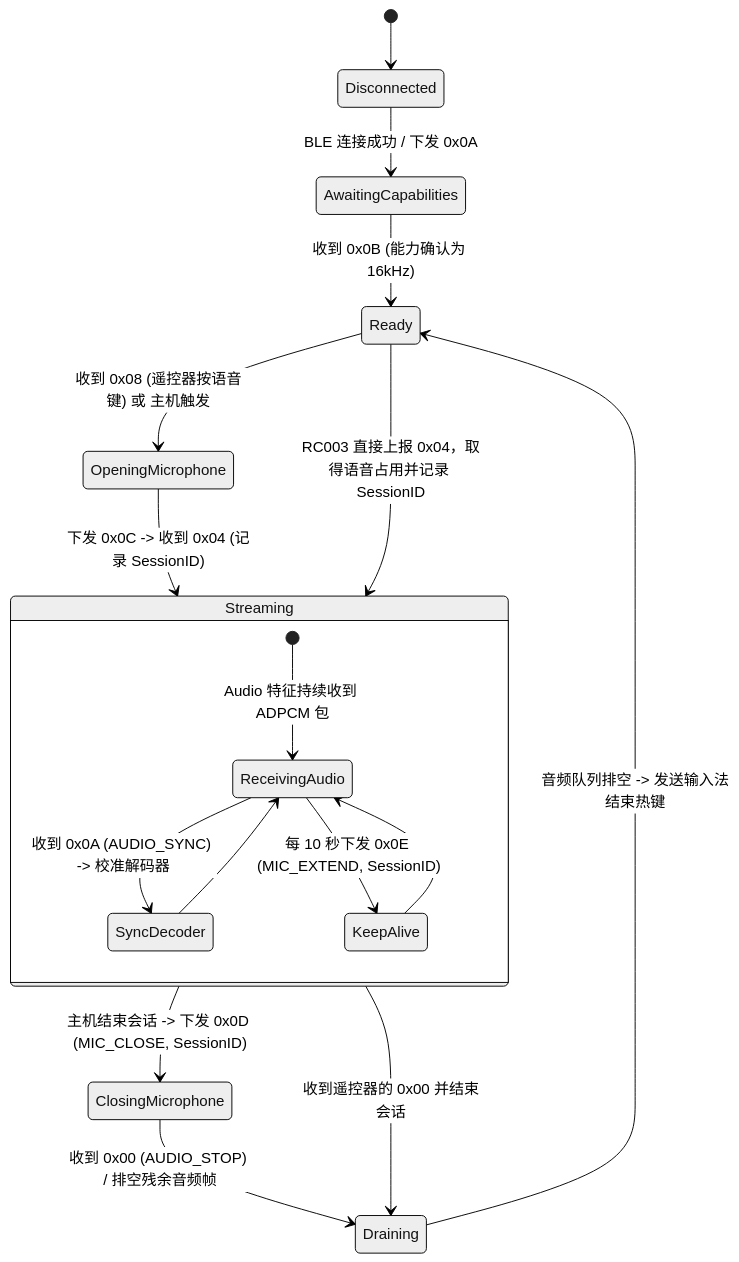
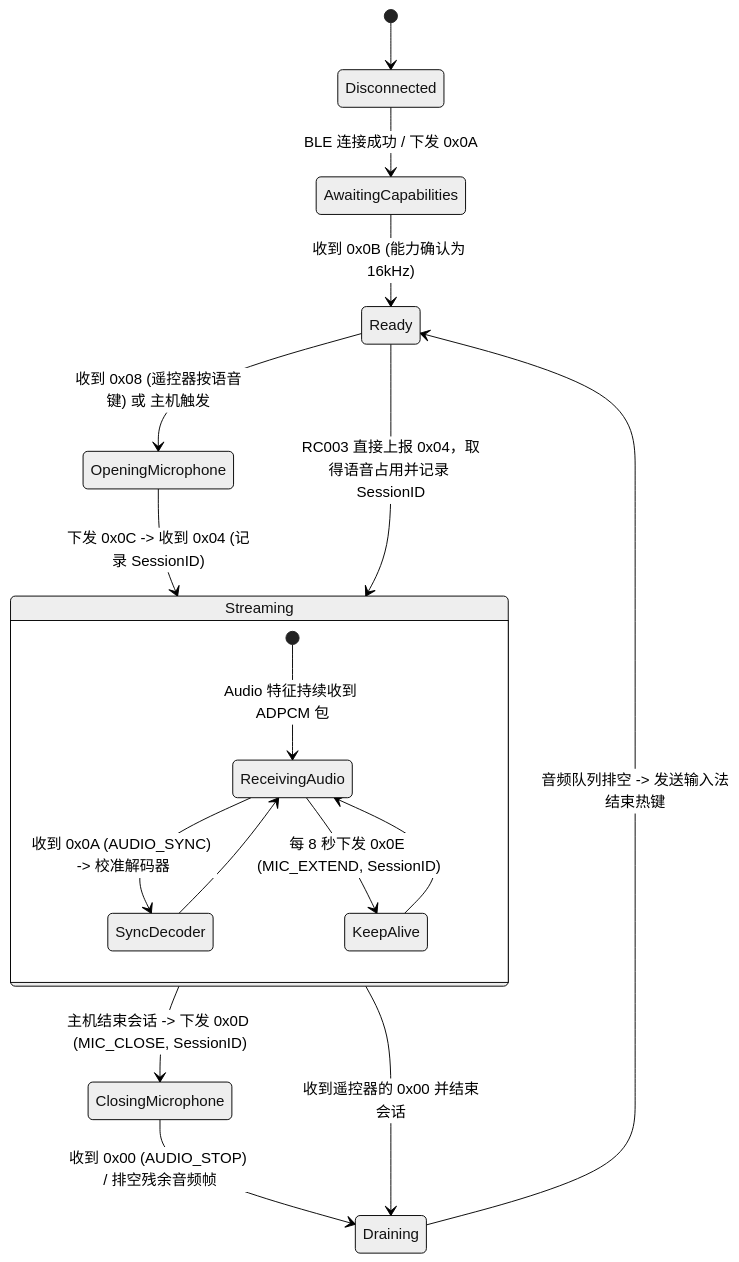
One commit to zfdang/remote-buddy-windows changed the diagram in docs/device-protocols.md. Above: the diagram before and after it, drawn with Mermaid (neutral theme). The commit also changed other lines of this file and 19 other files, not shown here.

````diff
--- a/docs/device-protocols.md
+++ b/docs/device-protocols.md
@@ -47,23 +47,23 @@
 ```mermaid
 stateDiagram-v2
     [*] --> Disconnected
     Disconnected --> AwaitingCapabilities: BLE 连接成功 / 下发 0x0A
     AwaitingCapabilities --> Ready: 收到 0x0B (能力确认为 16kHz)
     
     Ready --> OpeningMicrophone: 收到 0x08 (遥控器按语音键) 或 主机触发
     OpeningMicrophone --> Streaming: 下发 0x0C -> 收到 0x04 (记录 SessionID)
     Ready --> Streaming: RC003 直接上报 0x04，取得语音占用并记录 SessionID
     
     state Streaming {
         [*] --> ReceivingAudio: Audio 特征持续收到 ADPCM 包
         ReceivingAudio --> SyncDecoder: 收到 0x0A (AUDIO_SYNC) -> 校准解码器
         SyncDecoder --> ReceivingAudio
-        ReceivingAudio --> KeepAlive: 每 10 秒下发 0x0E (MIC_EXTEND, SessionID)
+        ReceivingAudio --> KeepAlive: 每 8 秒下发 0x0E (MIC_EXTEND, SessionID)
         KeepAlive --> ReceivingAudio
     }
     
     Streaming --> ClosingMicrophone: 主机结束会话 -> 下发 0x0D (MIC_CLOSE, SessionID)
     Streaming --> Draining: 收到遥控器的 0x00 并结束会话
     ClosingMicrophone --> Draining: 收到 0x00 (AUDIO_STOP) / 排空残余音频帧
     Draining --> Ready: 音频队列排空 -> 发送输入法结束热键
 ```
````
